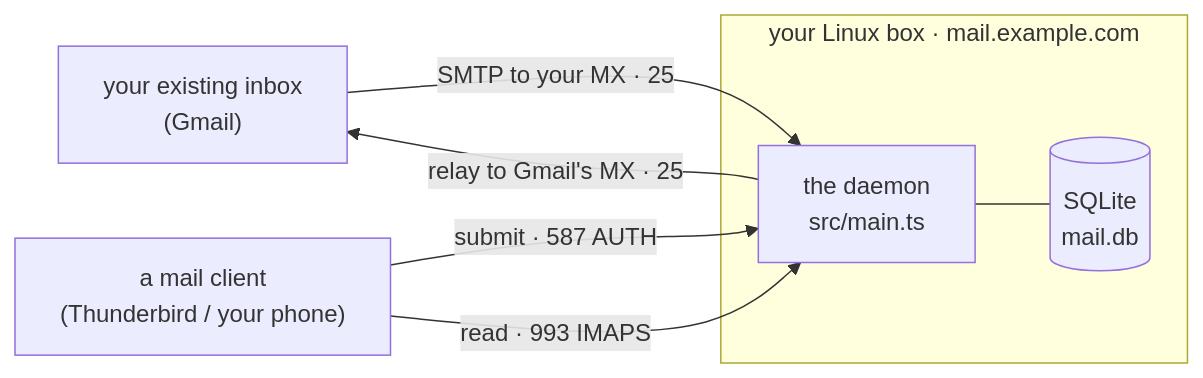
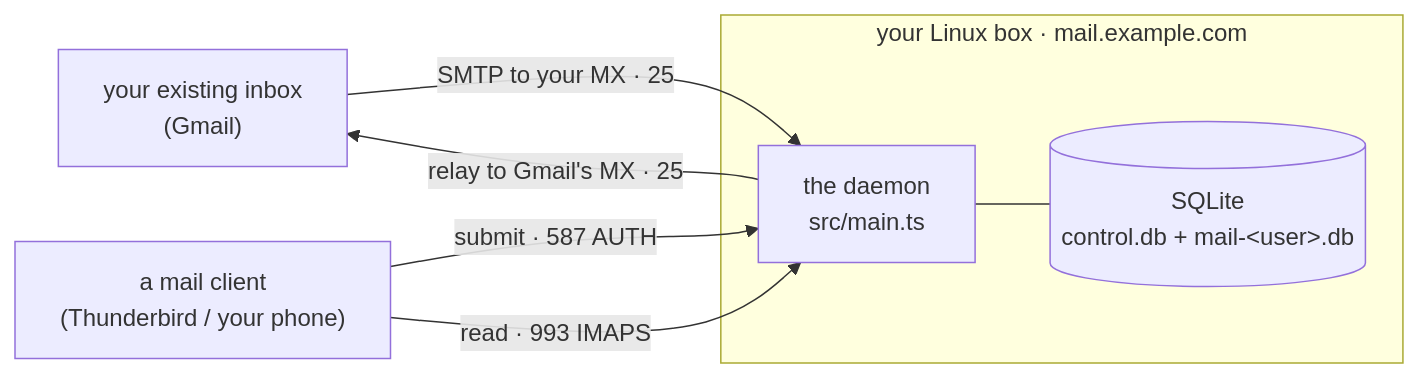
One commit to jamie-lord/cutiemail changed the first of 4 diagrams in docs/DEPLOYMENT.md. Above: the diagram before and after it, drawn with Mermaid. The commit also changed other lines of this file and 3 other files, not shown here.

First line of the commit message:
docs: bring README/ARCHITECTURE/DEPLOYMENT/WORKING-AGREEMENT current

````diff
--- a/docs/DEPLOYMENT.md
+++ b/docs/DEPLOYMENT.md
@@ -14,15 +14,15 @@
 ```mermaid
 flowchart LR
     GMAIL["your existing inbox<br/>(Gmail)"]
     subgraph BOX["your Linux box · mail.example.com"]
         DAEMON["the daemon<br/>src/main.ts"]
-        DB[("SQLite<br/>mail.db")]
+        DB[("SQLite<br/>control.db + mail-&lt;user&gt;.db")]
         DAEMON --- DB
     end
     CLIENT["a mail client<br/>(Thunderbird / your phone)"]
 
     GMAIL -->|"SMTP to your MX · 25"| DAEMON
     DAEMON -->|"relay to Gmail's MX · 25"| GMAIL
     CLIENT -->|"submit · 587 AUTH"| DAEMON
     CLIENT -->|"read · 993 IMAPS"| DAEMON
 ```
````
